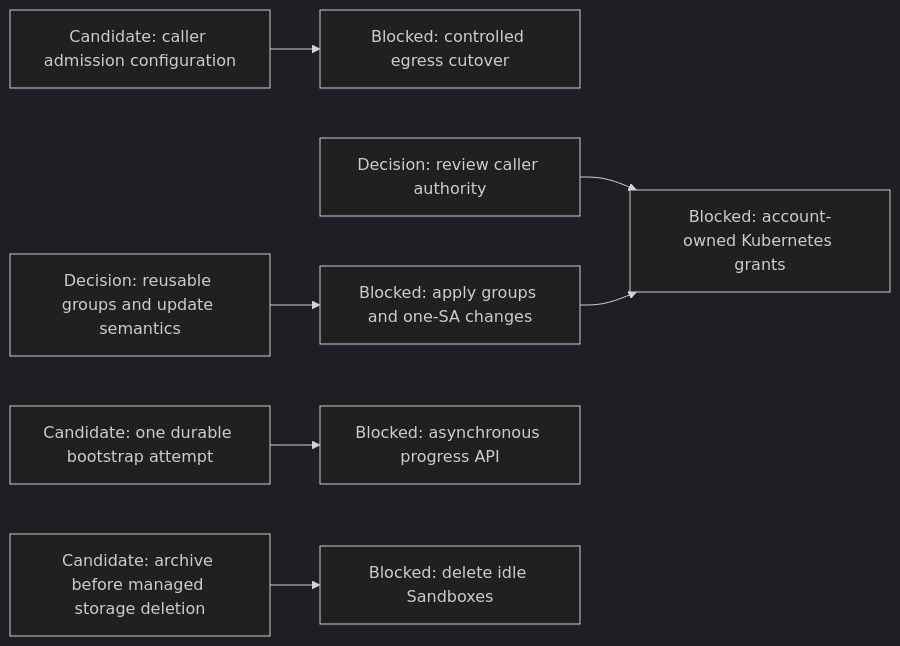
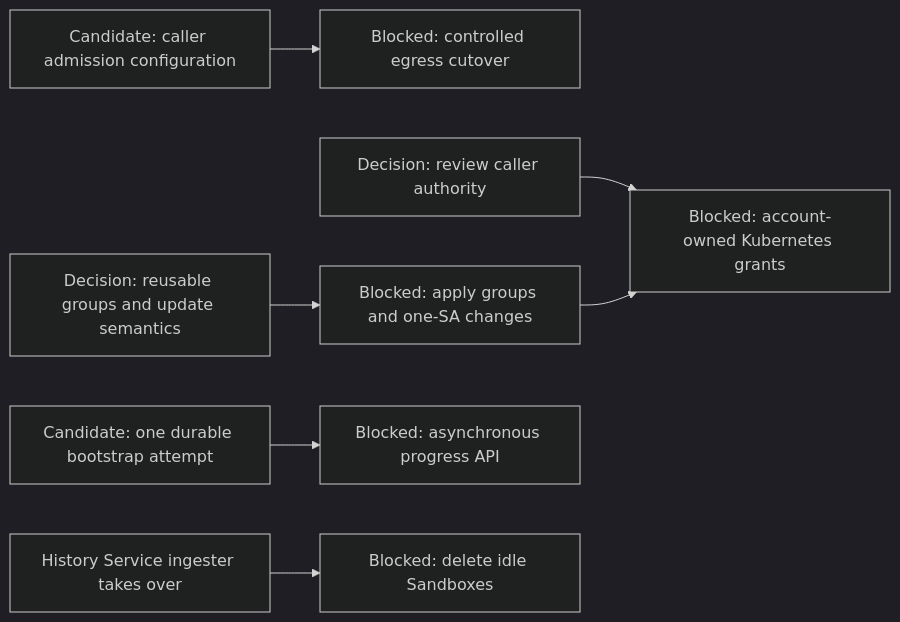
The seventh of 11 diagrams in agentplane/plans/task_dag.md (agentydragon-agent/ducktape), drawn with Mermaid (dark theme) before and after one commit. The commit also changed other lines of this file and 6 other files, not shown here.

````diff
--- a/agentplane/plans/task_dag.md
+++ b/agentplane/plans/task_dag.md
@@ -518,10 +519,9 @@
 ```mermaid
 flowchart LR
     PC_EGRESS_CREDENTIALS[Candidate: caller admission configuration] --> PC_EGRESS[Blocked: controlled egress cutover]
     CLAUDE_AI_SA[Decision: review caller authority] --> MANAGED_SA_RBAC[Blocked: account-owned Kubernetes grants]
     KUBERNETES_RBAC_POLICIES[Decision: reusable groups and update semantics] --> KUBERNETES_RBAC_POLICY_BINDINGS[Blocked: apply groups and one-SA changes]
     KUBERNETES_RBAC_POLICY_BINDINGS --> MANAGED_SA_RBAC
     BOOTSTRAP_ATTEMPT_RECEIPT[Candidate: one durable bootstrap attempt] --> BOOTSTRAP_PROGRESS_CONTRACT[Blocked: asynchronous progress API]
-    SANDBOX_LIFECYCLE_DURABILITY[Candidate: archive before managed storage deletion]
-    SANDBOX_LIFECYCLE_DURABILITY --> SANDBOX_IDLE_EXPIRY[Blocked: delete idle Sandboxes]
+    HISTORY_WRITE_HANDOFF[History Service ingester takes over] --> SANDBOX_IDLE_EXPIRY[Blocked: delete idle Sandboxes]
 ```
````
